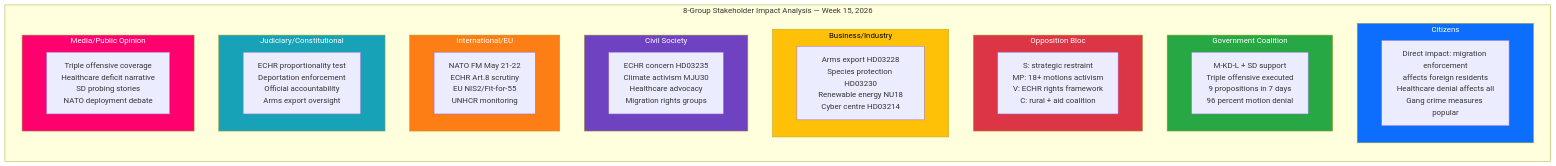
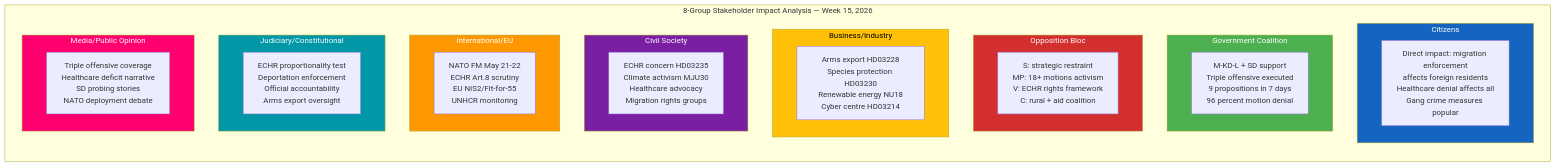
Before and after one commit to Hack23/riksdagsmonitor: the first of 2 diagrams in analysis/daily/2026-04-11/evening-analysis/stakeholder-perspectives.md, drawn with Mermaid. The commit also changed 785 other files, not shown here.

First line of the commit message:
Normalize mermaid colors across 786 analysis artifacts to ISMS Style Guide palette

````diff
--- a/analysis/daily/2026-04-11/evening-analysis/stakeholder-perspectives.md
+++ b/analysis/daily/2026-04-11/evening-analysis/stakeholder-perspectives.md
@@ -18,38 +18,38 @@
 ```mermaid
 graph TD
     subgraph "8-Group Stakeholder Impact Analysis — Week 15, 2026"
         direction TB
         subgraph CIT["Citizens"]
             C1["Direct impact: migration enforcement<br/>affects foreign residents<br/>Healthcare denial affects all<br/>Gang crime measures popular"]
         end
         subgraph GOV["Government Coalition"]
             G1["M-KD-L + SD support<br/>Triple offensive executed<br/>9 propositions in 7 days<br/>96 percent motion denial"]
         end
         subgraph OPP["Opposition Bloc"]
             O1["S: strategic restraint<br/>MP: 18+ motions activism<br/>V: ECHR rights framework<br/>C: rural + aid coalition"]
         end
         subgraph BUS["Business/Industry"]
             B1["Arms export HD03228<br/>Species protection HD03230<br/>Renewable energy NU18<br/>Cyber centre HD03214"]
         end
         subgraph CIV["Civil Society"]
             CS1["ECHR concern HD03235<br/>Climate activism MJU30<br/>Healthcare advocacy<br/>Migration rights groups"]
         end
         subgraph INT["International/EU"]
             I1["NATO FM May 21-22<br/>ECHR Art.8 scrutiny<br/>EU NIS2/Fit-for-55<br/>UNHCR monitoring"]
         end
         subgraph JUD["Judiciary/Constitutional"]
             J1["ECHR proportionality test<br/>Deportation enforcement<br/>Official accountability<br/>Arms export oversight"]
         end
         subgraph MED["Media/Public Opinion"]
             ME1["Triple offensive coverage<br/>Healthcare deficit narrative<br/>SD probing stories<br/>NATO deployment debate"]
         end
     end
-    style CIT fill:#0d6efd,color:#fff
-    style GOV fill:#28a745,color:#fff
-    style OPP fill:#dc3545,color:#fff
-    style BUS fill:#ffc107,color:#000
-    style CIV fill:#6f42c1,color:#fff
-    style INT fill:#fd7e14,color:#fff
-    style JUD fill:#17a2b8,color:#fff
-    style MED fill:#ff006e,color:#fff
+    style CIT fill:#1565C0,color:#FFFFFF
+    style GOV fill:#4CAF50,color:#FFFFFF
+    style OPP fill:#D32F2F,color:#FFFFFF
+    style BUS fill:#FFC107,color:#000000
+    style CIV fill:#7B1FA2,color:#FFFFFF
+    style INT fill:#FF9800,color:#FFFFFF
+    style JUD fill:#0097A7,color:#FFFFFF
+    style MED fill:#ff006e,color:#FFFFFF
 ```
````
